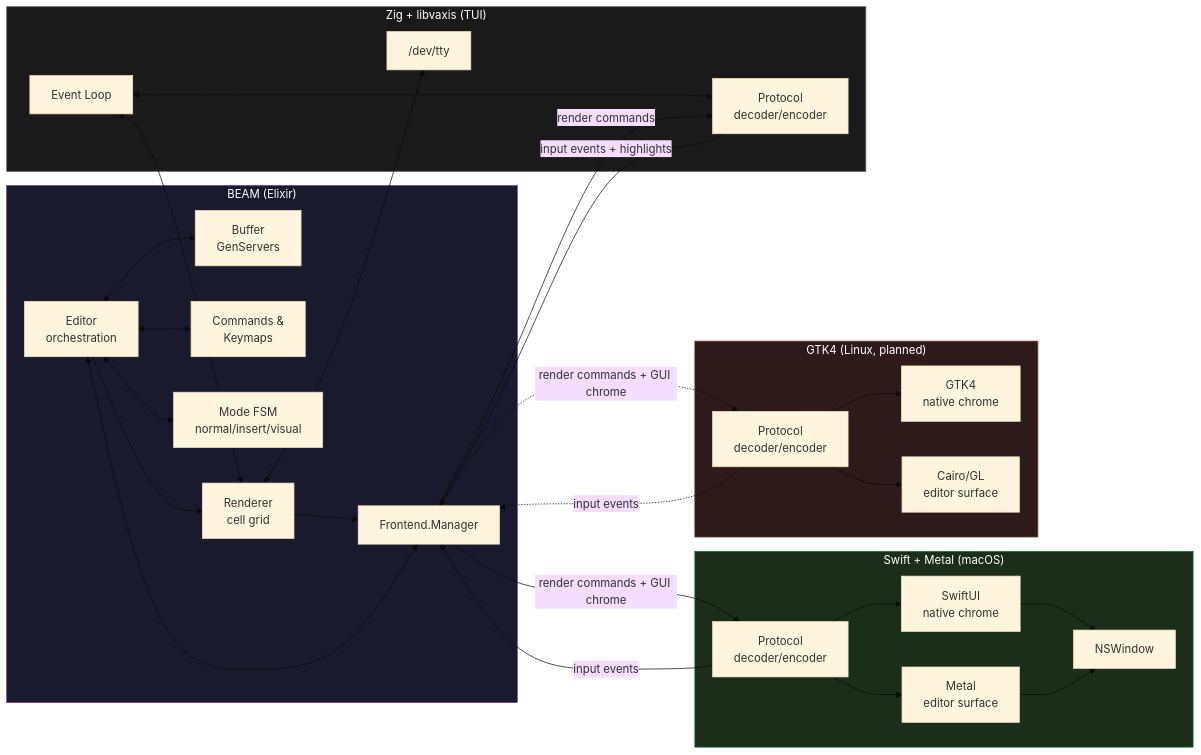
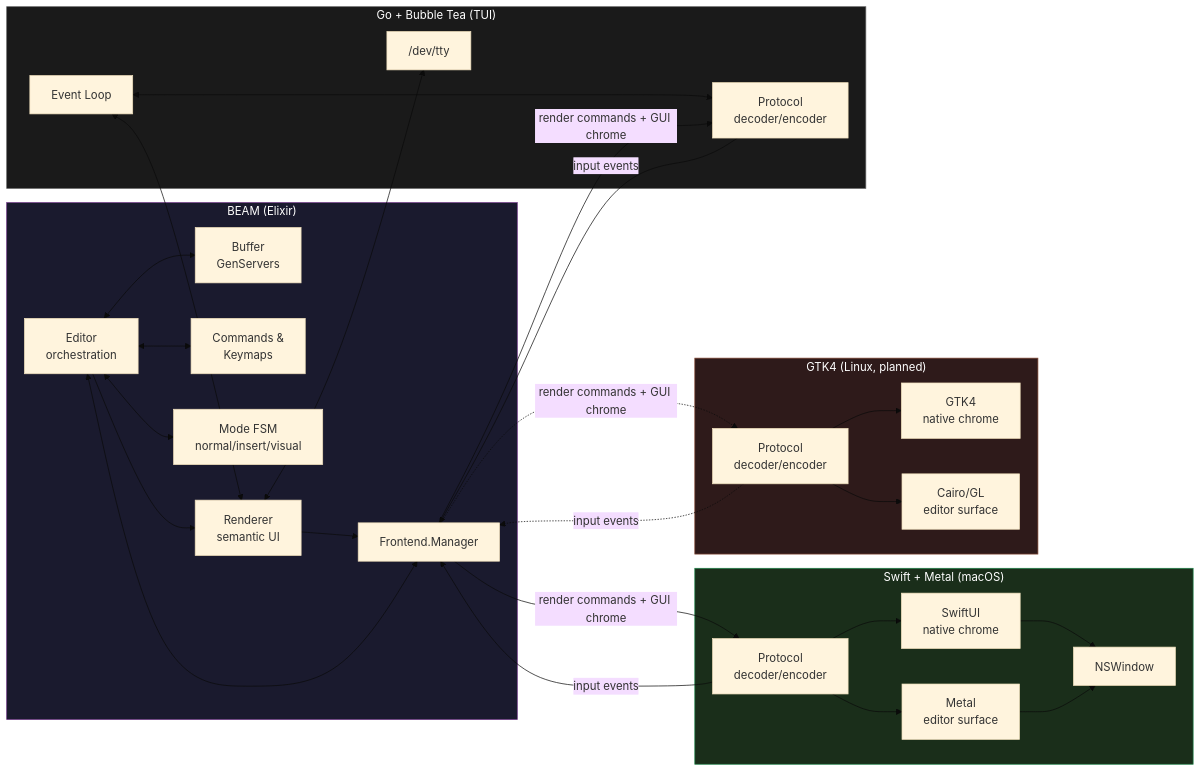
One commit to jsmestad/minga changed the first of 10 diagrams in docs/ARCHITECTURE.md. Above: the diagram before and after it, drawn with Mermaid (base theme). The commit also changed other lines of this file and 40 other files, not shown here.

First line of the commit message:
refactor: remove the Zig renderer; zig/ builds the parser only

````diff
--- a/docs/ARCHITECTURE.md
+++ b/docs/ARCHITECTURE.md
@@ -13,64 +13,64 @@
 ```mermaid
 graph LR
     subgraph BEAM["BEAM (Elixir)"]
         ED2["Editor<br/>orchestration"]
         BUF["Buffer<br/>GenServers"]
         CMD["Commands &<br/>Keymaps"]
         MODE["Mode FSM<br/>normal/insert/visual"]
         RENDER["Renderer.Server"]
         PORT["Frontend.Manager"]
 
         ED2 <--> BUF
         ED2 <--> CMD
         ED2 <--> MODE
         ED2 --> RENDER
         RENDER --> PORT
         ED2 <--> PORT
     end
 
     subgraph SWIFT["Swift + Metal (macOS)"]
         SW_PROTO["Protocol<br/>decoder/encoder"]
         SW_CHROME["SwiftUI<br/>native chrome"]
         SW_RENDER["Metal<br/>editor surface"]
         SW_WIN["NSWindow"]
 
         SW_PROTO --> SW_CHROME
         SW_PROTO --> SW_RENDER
         SW_CHROME --> SW_WIN
         SW_RENDER --> SW_WIN
     end
 
     subgraph GTK["GTK4 (Linux, planned)"]
         GTK_PROTO["Protocol<br/>decoder/encoder"]
         GTK_CHROME["GTK4<br/>native chrome"]
         GTK_RENDER["Cairo/GL<br/>editor surface"]
 
         GTK_PROTO --> GTK_CHROME
         GTK_PROTO --> GTK_RENDER
     end
 
-    subgraph ZIG["Zig + libvaxis (TUI)"]
+    subgraph GO["Go + Bubble Tea (TUI)"]
         EVLOOP["Event Loop"]
-        ZIG_PROTO["Protocol<br/>decoder/encoder"]
-        RENDER["Renderer<br/>cell grid"]
+        GO_PROTO["Protocol<br/>decoder/encoder"]
+        RENDER["Renderer<br/>semantic UI"]
         TTY["/dev/tty"]
 
-        EVLOOP <--> ZIG_PROTO
+        EVLOOP <--> GO_PROTO
         EVLOOP <--> RENDER
         RENDER <--> TTY
     end
 
     PORT -- "render commands + GUI chrome" --> SW_PROTO
     SW_PROTO -- "input events" --> PORT
 
     PORT -. "render commands + GUI chrome" .-> GTK_PROTO
     GTK_PROTO -. "input events" .-> PORT
 
-    PORT -- "render commands" --> ZIG_PROTO
-    ZIG_PROTO -- "input events + highlights" --> PORT
+    PORT -- "render commands + GUI chrome" --> GO_PROTO
+    GO_PROTO -- "input events" --> PORT
 
     style BEAM fill:#1a1a2e,stroke:#6c3483,color:#fff
     style SWIFT fill:#1a2e1a,stroke:#1e8449,color:#fff
     style GTK fill:#2e1a1a,stroke:#844935,color:#fff
-    style ZIG fill:#1a1a1a,stroke:#666666,color:#fff
+    style GO fill:#1a1a1a,stroke:#666666,color:#fff
 ```
````
